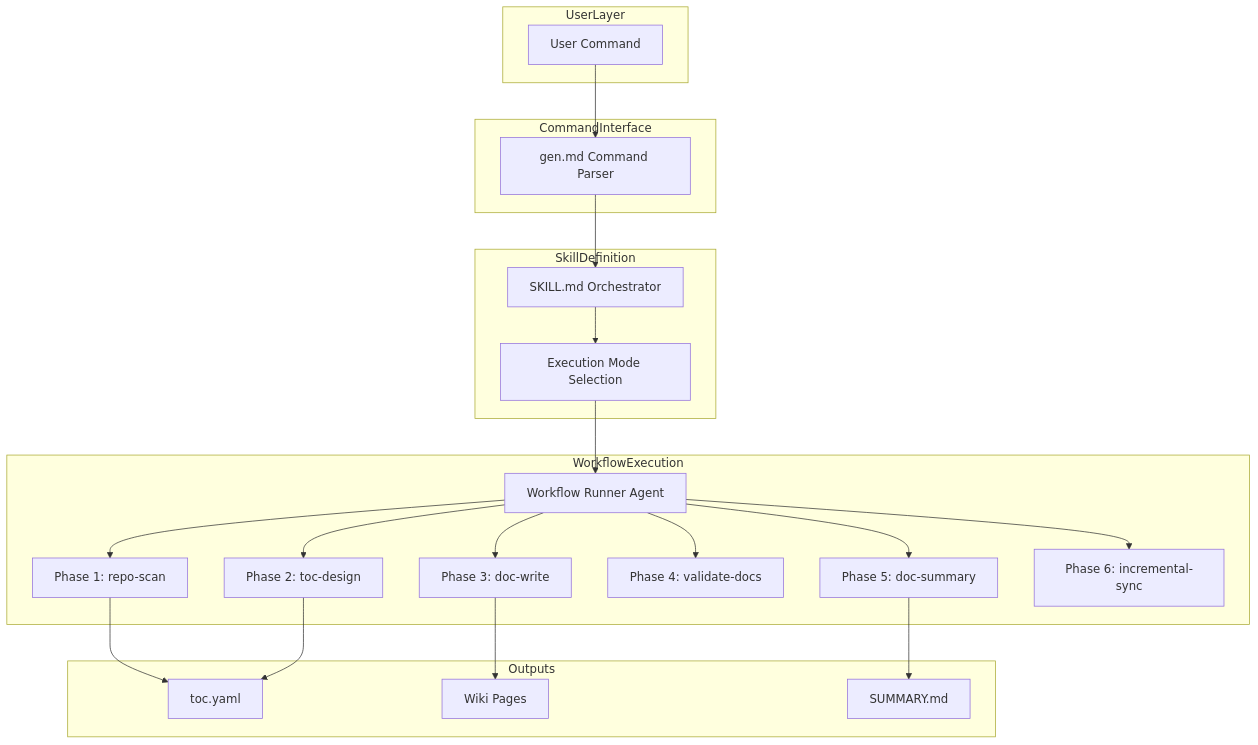
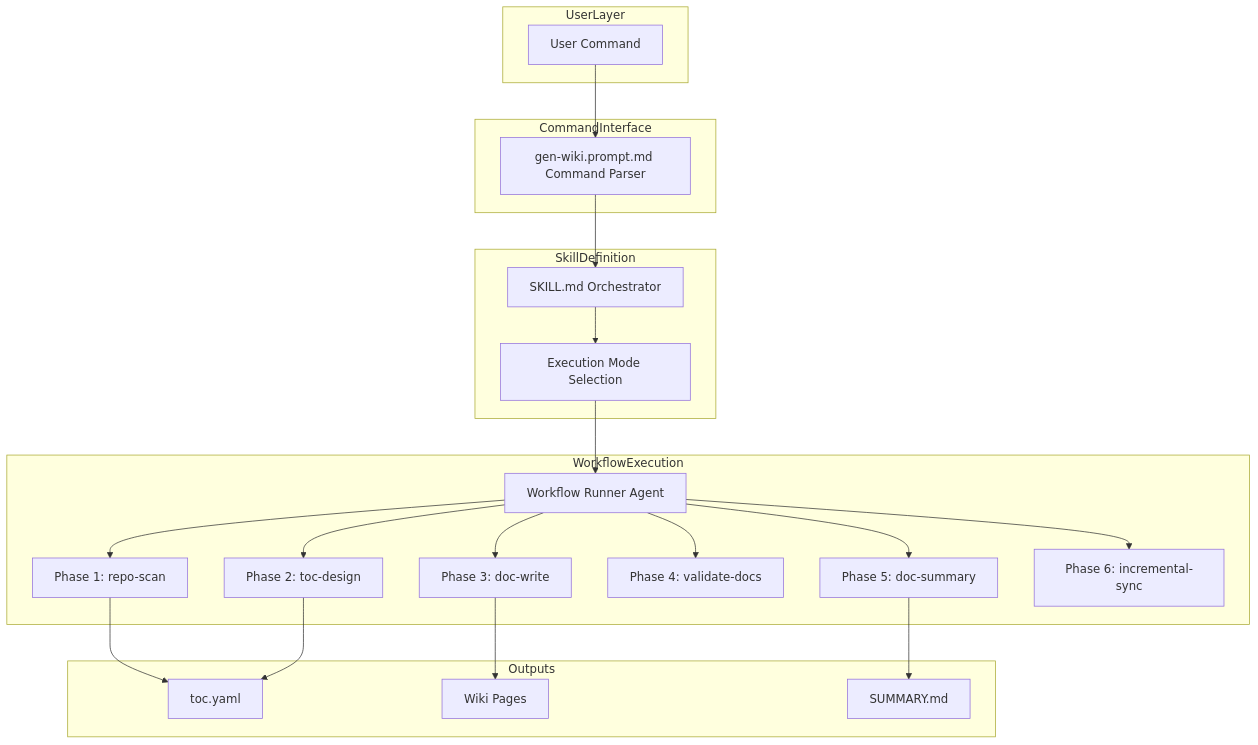
Before and after one commit to natsu1211/deepwiki-skill: the first of 2 diagrams in README.md, drawn with Mermaid. The commit also changed other lines of this file and 2 other files, not shown here.

````diff
--- a/README.md
+++ b/README.md
@@ -265,46 +233,46 @@
 ```mermaid
 graph TD
     subgraph UserLayer
         A["User Command"]
     end
 
     subgraph CommandInterface
-        B["gen.md Command Parser"]
+        B["gen-wiki.prompt.md Command Parser"]
     end
 
     subgraph SkillDefinition
         C["SKILL.md Orchestrator"]
         D["Execution Mode Selection"]
     end
 
     subgraph WorkflowExecution
         E["Workflow Runner Agent"]
         F["Phase 1: repo-scan"]
         G["Phase 2: toc-design"]
         H["Phase 3: doc-write"]
         I["Phase 4: validate-docs"]
         J["Phase 5: doc-summary"]
         K["Phase 6: incremental-sync"]
     end
 
     subgraph Outputs
         L["toc.yaml"]
         M["Wiki Pages"]
         N["SUMMARY.md"]
     end
 
     A --> B
     B --> C
     C --> D
     D --> E
     E --> F
     E --> G
     E --> H
     E --> I
     E --> J
     E --> K
     F --> L
     G --> L
     H --> M
     J --> N
 ```
````
